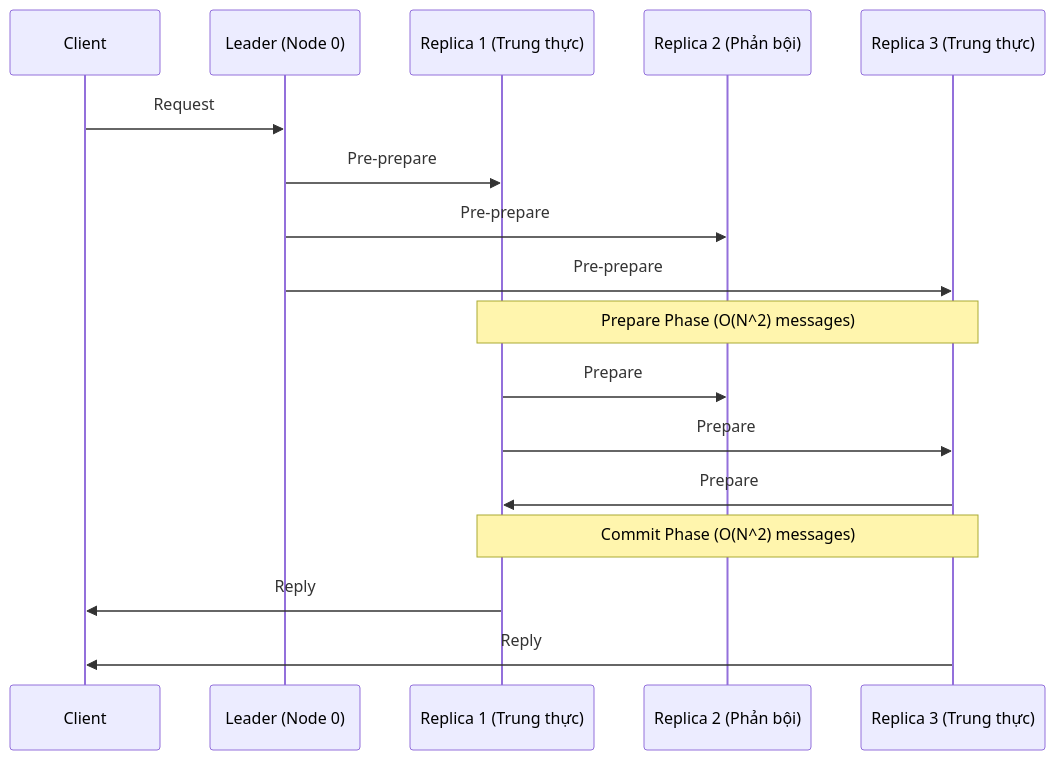
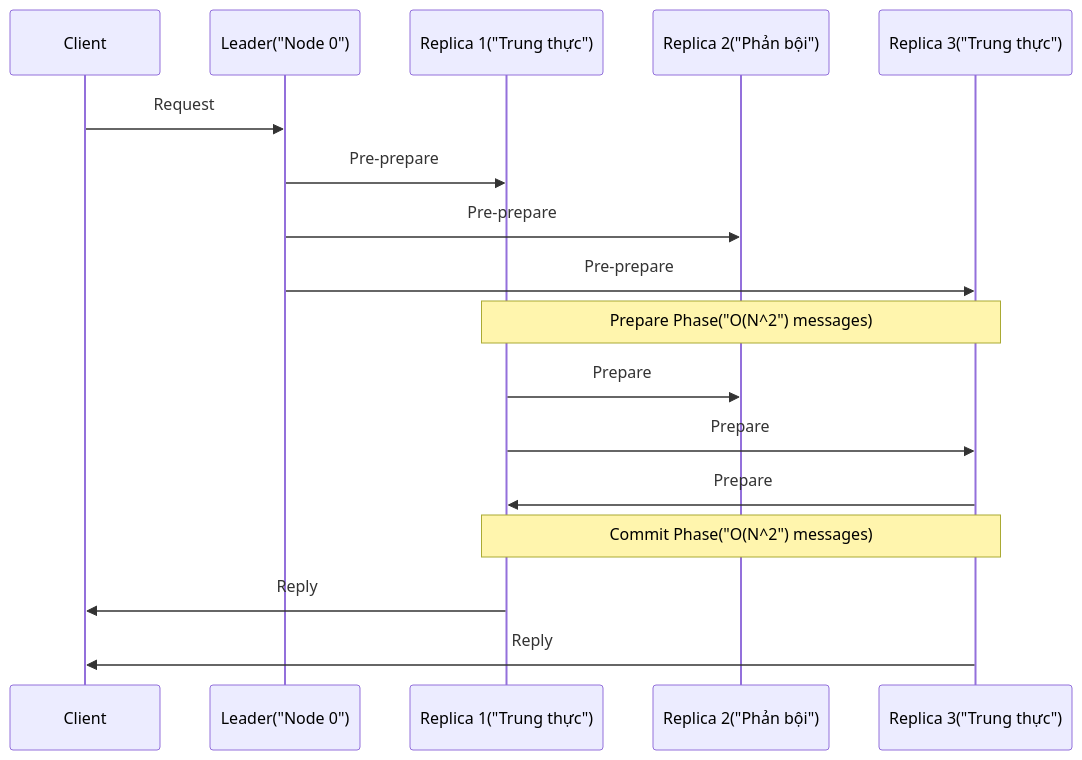
Before and after one commit to kythuatdulieu/kythuatdulieu.github.io: the first of 2 diagrams in src/content/docs/concepts/1-distributed-systems-architecture/byzantine-fault-tolerance.md, drawn with Mermaid. The commit also changed other lines of this file and 190 other files, not shown here.

Commit message:
fix: resolve mermaid syntax, math rendering, and metadata issues from content rewrite

````diff
--- a/src/content/docs/concepts/1-distributed-systems-architecture/byzantine-fault-tolerance.md
+++ b/src/content/docs/concepts/1-distributed-systems-architecture/byzantine-fault-tolerance.md
@@ -47,22 +47,22 @@
 ```mermaid
 sequenceDiagram
     participant Client
-    participant Leader (Node 0)
-    participant Replica 1 (Trung thực)
-    participant Replica 2 (Phản bội)
-    participant Replica 3 (Trung thực)
+    participant Leader("Node 0")
+    participant Replica 1("Trung thực")
+    participant Replica 2("Phản bội")
+    participant Replica 3("Trung thực")
 
-    Client->>Leader (Node 0): Request
-    Leader (Node 0)->>Replica 1 (Trung thực): Pre-prepare
-    Leader (Node 0)->>Replica 2 (Phản bội): Pre-prepare
-    Leader (Node 0)->>Replica 3 (Trung thực): Pre-prepare
+    Client->>Leader("Node 0"): Request
+    Leader("Node 0")->>Replica 1("Trung thực"): Pre-prepare
+    Leader("Node 0")->>Replica 2("Phản bội"): Pre-prepare
+    Leader("Node 0")->>Replica 3("Trung thực"): Pre-prepare
 
-    Note over Replica 1 (Trung thực),Replica 3 (Trung thực): Prepare Phase (O(N^2) messages)
-    Replica 1 (Trung thực)->>Replica 2 (Phản bội): Prepare
-    Replica 1 (Trung thực)->>Replica 3 (Trung thực): Prepare
-    Replica 3 (Trung thực)->>Replica 1 (Trung thực): Prepare
+    Note over Replica 1("Trung thực"),Replica 3("Trung thực"): Prepare Phase("O(N^2") messages)
+    Replica 1("Trung thực")->>Replica 2("Phản bội"): Prepare
+    Replica 1("Trung thực")->>Replica 3("Trung thực"): Prepare
+    Replica 3("Trung thực")->>Replica 1("Trung thực"): Prepare
     
-    Note over Replica 1 (Trung thực),Replica 3 (Trung thực): Commit Phase (O(N^2) messages)
-    Replica 1 (Trung thực)->>Client: Reply
-    Replica 3 (Trung thực)->>Client: Reply
+    Note over Replica 1("Trung thực"),Replica 3("Trung thực"): Commit Phase("O(N^2") messages)
+    Replica 1("Trung thực")->>Client: Reply
+    Replica 3("Trung thực")->>Client: Reply
 ```
````
